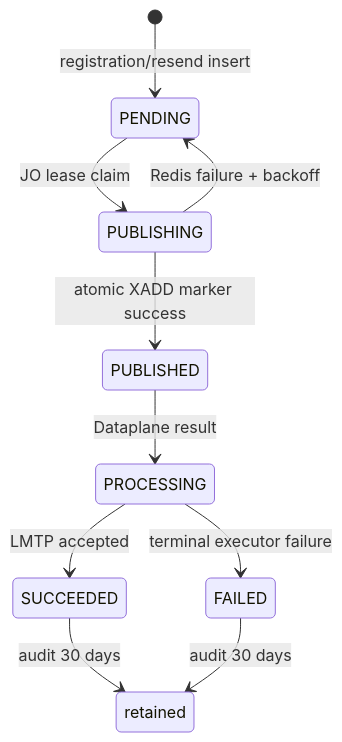
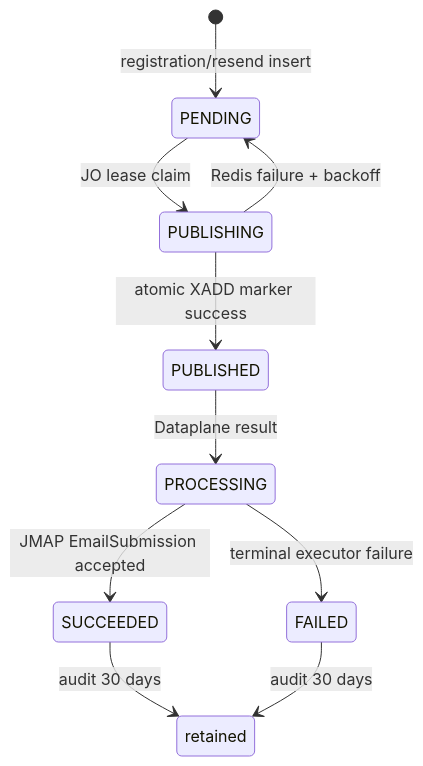
One commit to phucle996/aurora changed the sixth of 6 diagrams in god_view/iam/user_registration_god_view_workflow.md. Above: the diagram before and after it, drawn with Mermaid. The commit also changed other lines of this file and 56 other files, not shown here.

Commit message:
feat: replace LMTP mail transport with JMAP-based batch executor and add wallet provisioning inbox support.

````diff
--- a/god_view/iam/user_registration_god_view_workflow.md
+++ b/god_view/iam/user_registration_god_view_workflow.md
@@ -248,12 +248,12 @@
 ```mermaid
 stateDiagram-v2
     [*] --> PENDING: registration/resend insert
     PENDING --> PUBLISHING: JO lease claim
     PUBLISHING --> PENDING: Redis failure + backoff
     PUBLISHING --> PUBLISHED: atomic XADD marker success
     PUBLISHED --> PROCESSING: Dataplane result
-    PROCESSING --> SUCCEEDED: LMTP accepted
+    PROCESSING --> SUCCEEDED: JMAP EmailSubmission accepted
     PROCESSING --> FAILED: terminal executor failure
     SUCCEEDED --> retained: audit 30 days
     FAILED --> retained: audit 30 days
 ```
````
